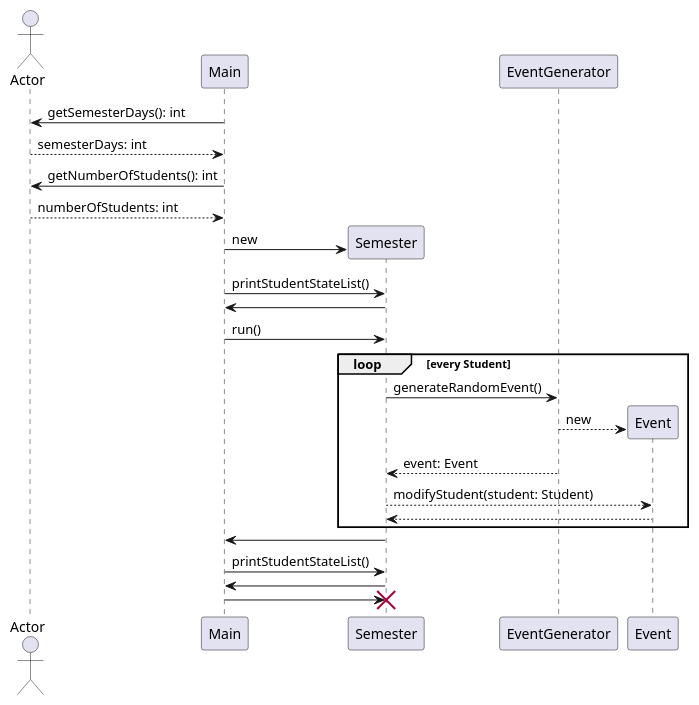
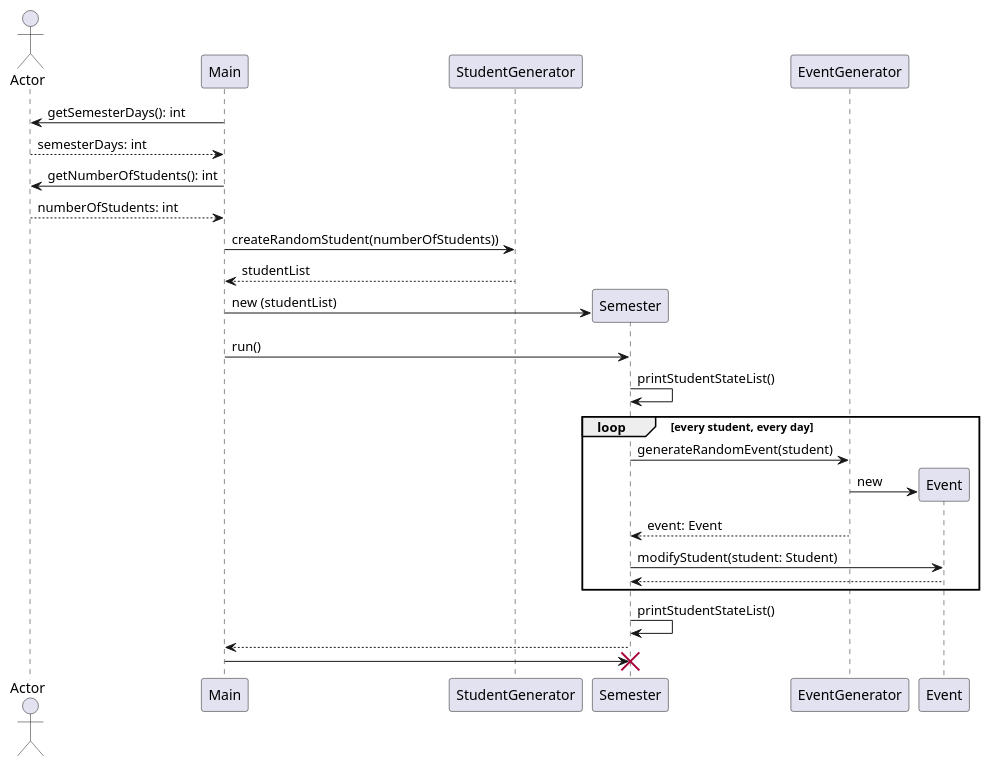
The diagram in diagrams/sequence.diagram.puml (Mik33221/StudentSimulation), drawn with PlantUML before and after one commit. The commit also changed 3 other files, not shown here.

Commit message:
Poprawiony diagram class i sequence

```diff
--- a/diagrams/sequence.diagram.puml
+++ b/diagrams/sequence.diagram.puml
@@ -1,41 +1,41 @@
 @startuml
 
 ' //www.plantuml.com/plantuml/dpng/hP1DJiGm38NtFeLdroxc0bqWa41i-96O4uJMWo9Dayfn1_Nsk2P1hHHsiqcYv-VFpxbFubZcyGAkbyZui9umgUPxFxaW-Efy05XFFDxzrZly8ZdHI4c87zsIchP37mIiYaVrhVuEqyPZZXheRHu_YT_F9va72l8lBEnz1TWpEI4iSVu6544RwHigyiJQRx3rKiQBJzAqK1oO9zTwUGxgX4kC4zALUC4C0a3S0fwkAZvJ87PvNtlIXmj37Asg8CIyXGc0-pO55P8jKwrlmf4vpRFDiyECSV3d9OTkajqgPw4j8tPa00e3LFxdbd-BXmF03m00
 
 actor Actor
 participant Main
 
 Main -> Actor: getSemesterDays(): int
 Actor --> Main: semesterDays: int
 
 Main -> Actor: getNumberOfStudents(): int
 Actor --> Main: numberOfStudents: int
 
+participant StudentGenerator
+
+Main -> StudentGenerator: createRandomStudent(numberOfStudents))
+StudentGenerator --> Main: studentList
+
 create Semester
-Main -> Semester: new
+Main -> Semester: new (studentList)
+Main -> Semester: run()
+Semester -> Semester: printStudentStateList()
 
-Main -> Semester: printStudentStateList()
-Semester -> Main
+loop every student, every day
 
-Main -> Semester: run()
-
-loop every Student
-
-  Semester -> EventGenerator: generateRandomEvent()
+  Semester -> EventGenerator: generateRandomEvent(student)
   create Event
-  EventGenerator --> Event: new
+  EventGenerator -> Event: new
   EventGenerator --> Semester: event: Event
 
-  Semester --> Event: modifyStudent(student: Student)
+  Semester -> Event: modifyStudent(student: Student)
   Event --> Semester
 
 end
 
-Semester -> Main
-
-Main -> Semester: printStudentStateList()
-Semester -> Main
+Semester -> Semester: printStudentStateList()
+Semester --> Main
 
 Main -> Semester !!
 
 @enduml
```
